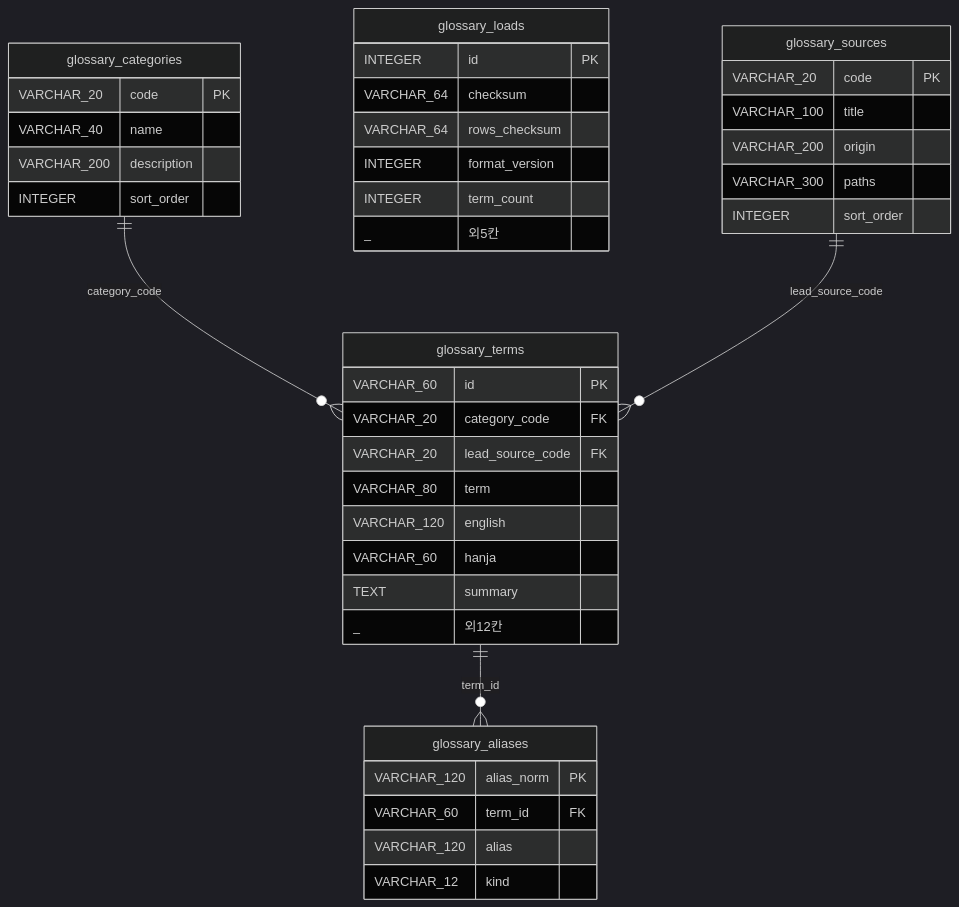
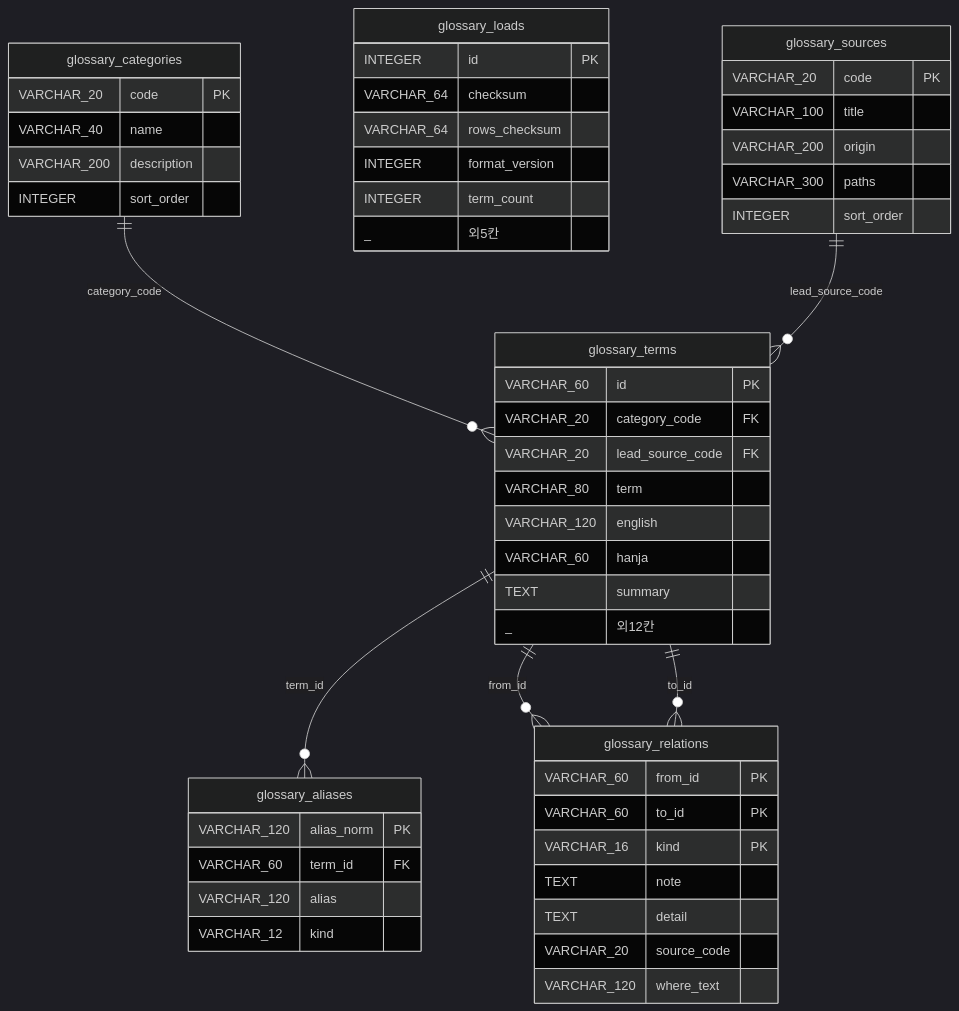
One commit to EST-team-project/Qurious changed the ninth of 9 diagrams in docs/데이터/ERD_v1.3.md. Above: the diagram before and after it, drawn with Mermaid (dark theme). The commit also changed other lines of this file and 50 other files, not shown here.

````diff
--- a/docs/데이터/ERD_v1.3.md
+++ b/docs/데이터/ERD_v1.3.md
@@ -787,43 +811,54 @@
 ```mermaid
 erDiagram
   glossary_aliases {
     VARCHAR_120 alias_norm PK
     VARCHAR_60 term_id FK
     VARCHAR_120 alias
     VARCHAR_12 kind
   }
   glossary_categories {
     VARCHAR_20 code PK
     VARCHAR_40 name
     VARCHAR_200 description
     INTEGER sort_order
   }
   glossary_loads {
     INTEGER id PK
     VARCHAR_64 checksum
     VARCHAR_64 rows_checksum
     INTEGER format_version
     INTEGER term_count
     _ 외5칸
   }
+  glossary_relations {
+    VARCHAR_60 from_id PK
+    VARCHAR_60 to_id PK
+    VARCHAR_16 kind PK
+    TEXT note
+    TEXT detail
+    VARCHAR_20 source_code
+    VARCHAR_120 where_text
+  }
   glossary_sources {
     VARCHAR_20 code PK
     VARCHAR_100 title
     VARCHAR_200 origin
     VARCHAR_300 paths
     INTEGER sort_order
   }
   glossary_terms {
     VARCHAR_60 id PK
     VARCHAR_20 category_code FK
     VARCHAR_20 lead_source_code FK
     VARCHAR_80 term
     VARCHAR_120 english
     VARCHAR_60 hanja
     TEXT summary
     _ 외12칸
   }
   glossary_terms ||--o{ glossary_aliases : "term_id"
+  glossary_terms ||--o{ glossary_relations : "from_id"
+  glossary_terms ||--o{ glossary_relations : "to_id"
   glossary_categories ||--o{ glossary_terms : "category_code"
   glossary_sources ||--o{ glossary_terms : "lead_source_code"
 ```
````
